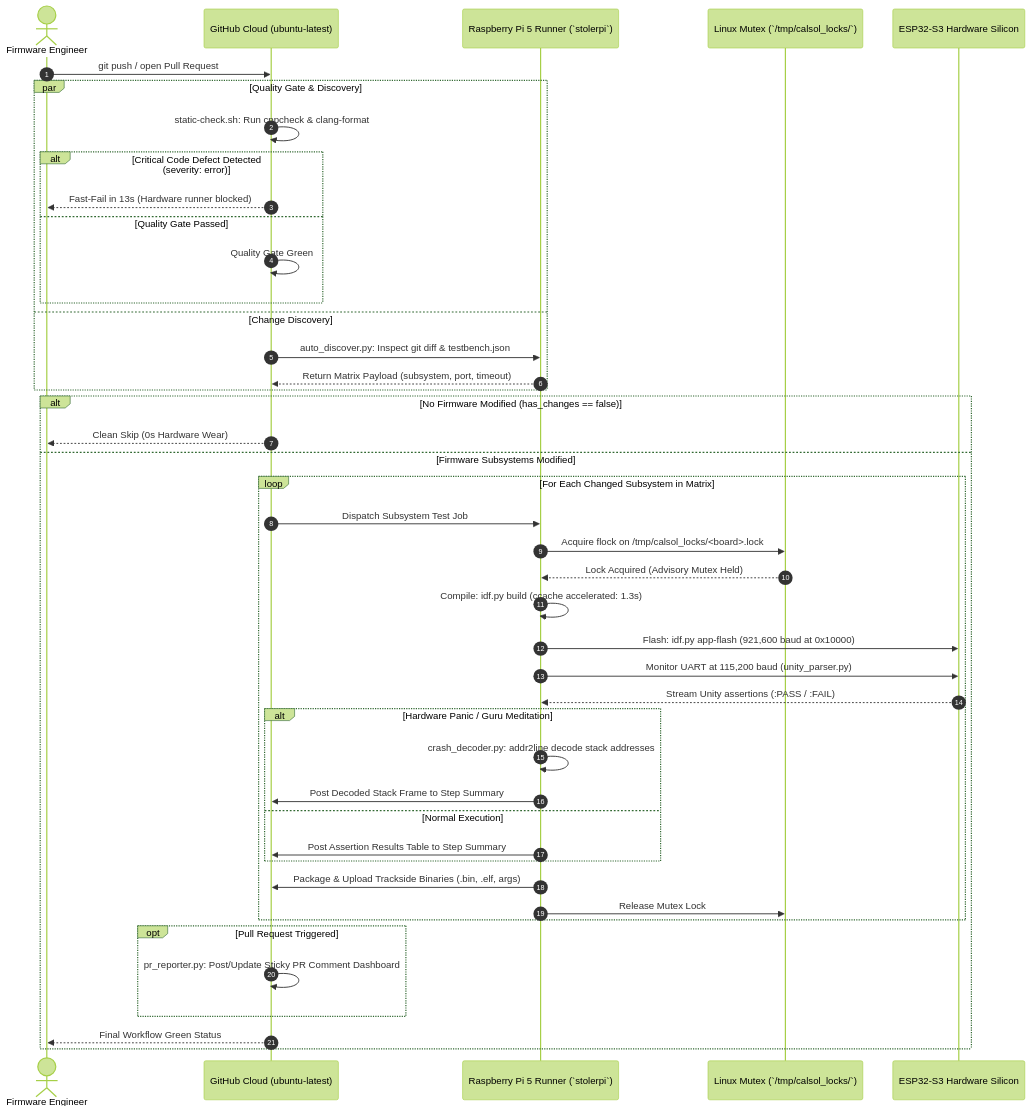
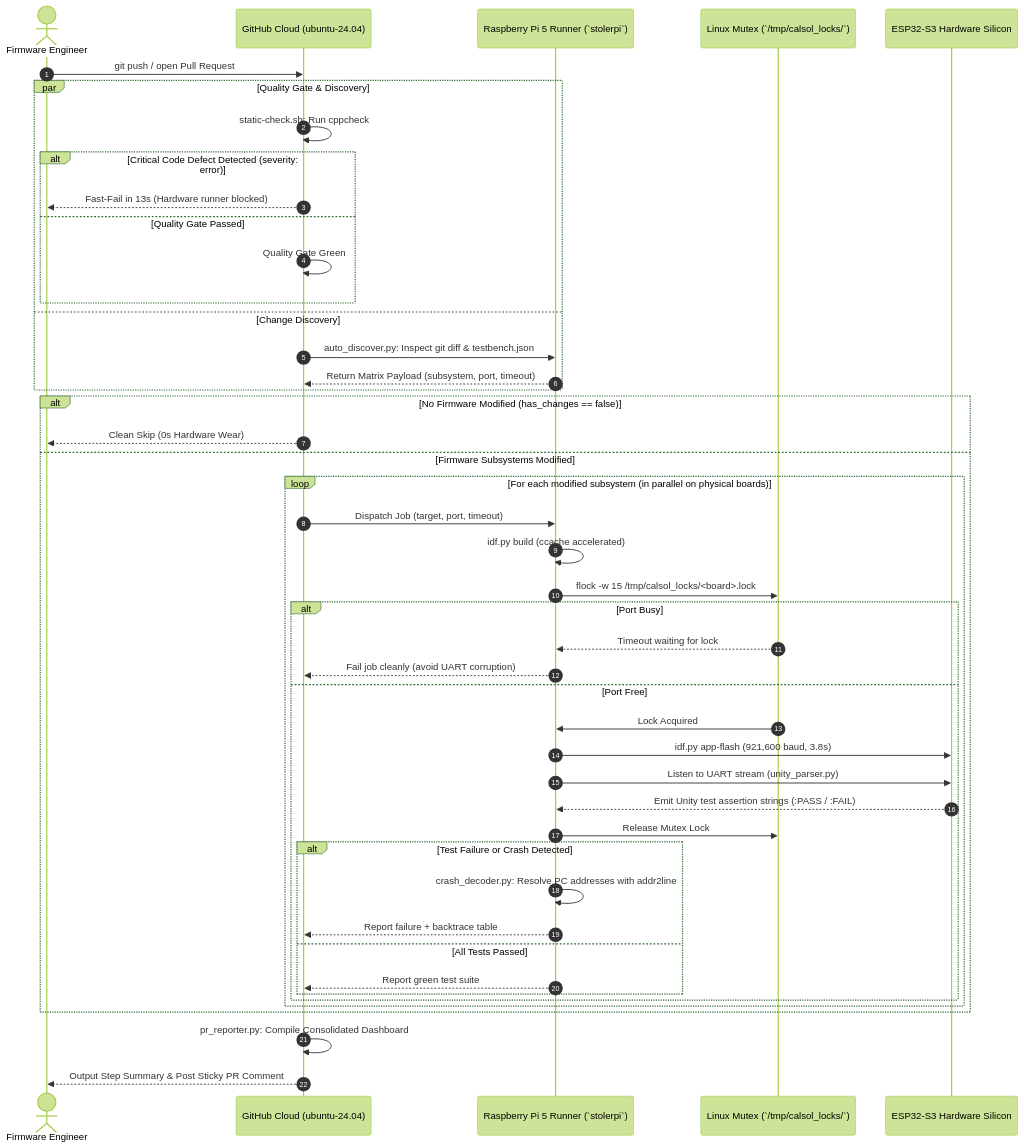
Before and after one commit to JuneKim0712/CAN-Testbench: the diagram in github-action/README.md, drawn with Mermaid (forest theme). The commit also changed other lines of this file and 8 other files, not shown here.

Commit message:
fix(ci): remove icons and clang-format, resolve Node 24 and Ubuntu 24.04 deprecations, and ensure test dashboard displays for pass/fail states

````diff
--- a/github-action/README.md
+++ b/github-action/README.md
@@ -36,50 +35,51 @@
 ```mermaid
 sequenceDiagram
     autonumber
     actor Dev as Firmware Engineer
-    participant GH as GitHub Cloud (ubuntu-latest)
+    participant GH as GitHub Cloud (ubuntu-24.04)
     participant Runner as Raspberry Pi 5 Runner (`stolerpi`)
     participant Lock as Linux Mutex (`/tmp/calsol_locks/`)
     participant ESP as ESP32-S3 Hardware Silicon
 
     Dev->>GH: git push / open Pull Request
     par Quality Gate & Discovery
-        GH->>GH: static-check.sh: Run cppcheck & clang-format
+        GH->>GH: static-check.sh: Run cppcheck
         alt Critical Code Defect Detected (severity: error)
             GH-->>Dev: Fast-Fail in 13s (Hardware runner blocked)
         else Quality Gate Passed
             GH->>GH: Quality Gate Green
         end
     and Change Discovery
         GH->>Runner: auto_discover.py: Inspect git diff & testbench.json
         Runner-->>GH: Return Matrix Payload (subsystem, port, timeout)
     end
 
     alt No Firmware Modified (has_changes == false)
         GH-->>Dev: Clean Skip (0s Hardware Wear)
     else Firmware Subsystems Modified
-        loop For Each Changed Subsystem in Matrix
-            GH->>Runner: Dispatch Subsystem Test Job
-            Runner->>Lock: Acquire flock on /tmp/calsol_locks/<board>.lock
-            Lock-->>Runner: Lock Acquired (Advisory Mutex Held)
-            Runner->>Runner: Compile: idf.py build (ccache accelerated: 1.3s)
-            Runner->>ESP: Flash: idf.py app-flash (921,600 baud at 0x10000)
-            Runner->>ESP: Monitor UART at 115,200 baud (unity_parser.py)
-            ESP-->>Runner: Stream Unity assertions (:PASS / :FAIL)
-            
-            alt Hardware Panic / Guru Meditation
-                Runner->>Runner: crash_decoder.py: addr2line decode stack addresses
-                Runner->>GH: Post Decoded Stack Frame to Step Summary
-            else Normal Execution
-                Runner->>GH: Post Assertion Results Table to Step Summary
+        loop For each modified subsystem (in parallel on physical boards)
+            GH->>Runner: Dispatch Job (target, port, timeout)
+            Runner->>Runner: idf.py build (ccache accelerated)
+            Runner->>Lock: flock -w 15 /tmp/calsol_locks/<board>.lock
+            alt Port Busy
+                Lock-->>Runner: Timeout waiting for lock
+                Runner-->>GH: Fail job cleanly (avoid UART corruption)
+            else Port Free
+                Lock->>Runner: Lock Acquired
+                Runner->>ESP: idf.py app-flash (921,600 baud, 3.8s)
+                Runner->>ESP: Listen to UART stream (unity_parser.py)
+                ESP-->>Runner: Emit Unity test assertion strings (:PASS / :FAIL)
+                Runner->>Lock: Release Mutex Lock
+                alt Test Failure or Crash Detected
+                    Runner->>Runner: crash_decoder.py: Resolve PC addresses with addr2line
+                    Runner-->>GH: Report failure + backtrace table
+                else All Tests Passed
+                    Runner-->>GH: Report green test suite
+                end
             end
+        end
+    end
 
-            Runner->>GH: Package & Upload Trackside Binaries (.bin, .elf, args)
-            Runner->>Lock: Release Mutex Lock
-        end
-        opt Pull Request Triggered
-            GH->>GH: pr_reporter.py: Post/Update Sticky PR Comment Dashboard
-        end
-        GH-->>Dev: Final Workflow Green Status
-    end
+    GH->>GH: pr_reporter.py: Compile Consolidated Dashboard
+    GH-->>Dev: Output Step Summary & Post Sticky PR Comment
 ```
````
